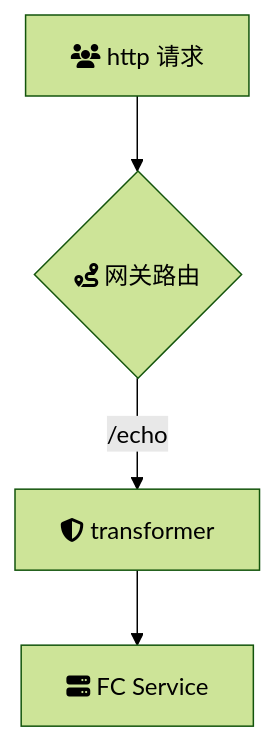
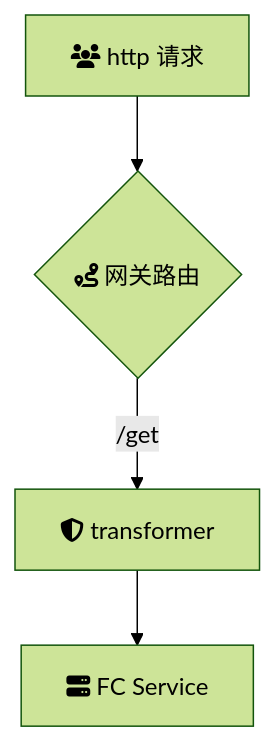
The diagram in transformer-plugin/README.md (msa-group/start-apig), drawn with Mermaid (forest theme) before and after one commit. The commit also changed other lines of this file and 1 other file, not shown here.

Commit message:
feat: add transformer-plugin

````diff
--- a/transformer-plugin/README.md
+++ b/transformer-plugin/README.md
@@ -47,6 +55,6 @@
 ```mermaid
 flowchart TB
 A[fa:fa-users http 请求] --> B{fa:fa-route 网关路由}
-	B -->|/echo| P1[fa:fa-shield-alt transformer]
+	B -->|/get| P1[fa:fa-shield-alt transformer]
 	P1 --> Backend[fa:fa-server FC Service]
 ```
````
